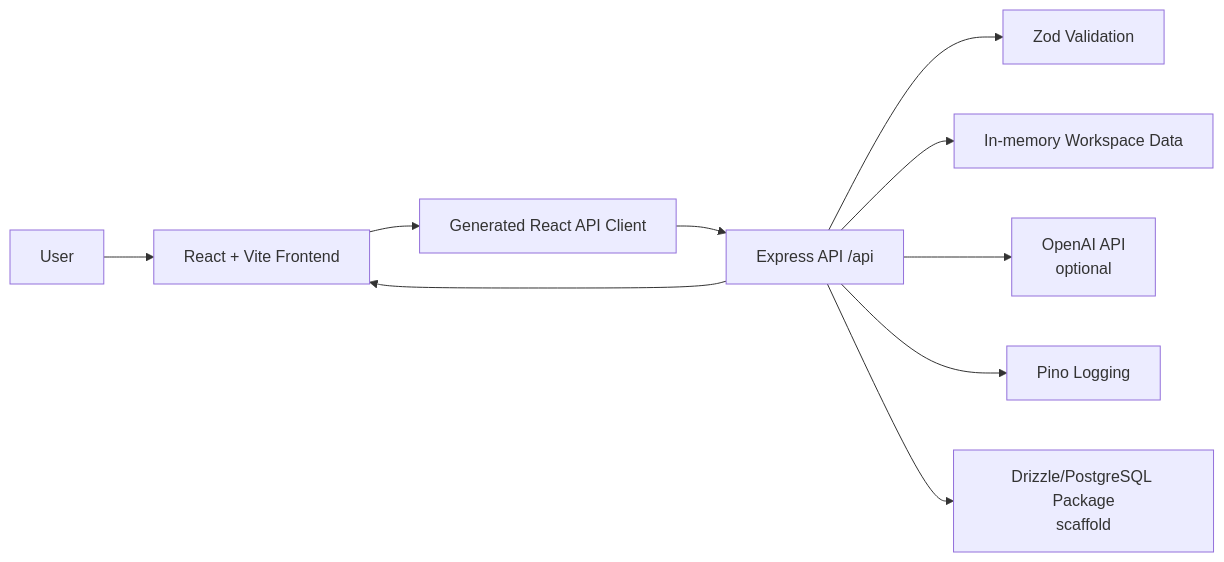
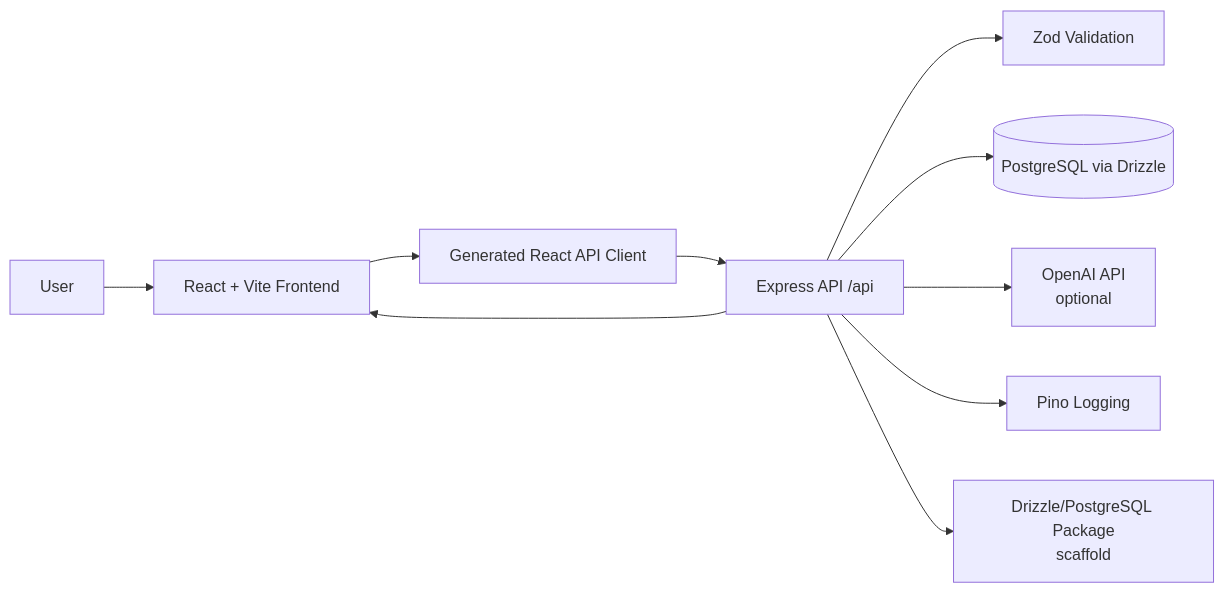
The diagram in README.md (naveenchhipa350/devflow-ai), drawn with Mermaid before and after one commit. The commit also changed other lines of this file and 24 other files, not shown here.

Commit message:
feat: add PostgreSQL persistence with Drizzle

````diff
--- a/README.md
+++ b/README.md
@@ -135,12 +135,12 @@
 ```mermaid
 flowchart LR
     U[User] --> F[React + Vite Frontend]
     F --> C[Generated React API Client]
     C --> A[Express API /api]
     A --> V[Zod Validation]
-    A --> M[In-memory Workspace Data]
+    A --> M[(PostgreSQL via Drizzle)]
     A --> O[OpenAI API<br/>optional]
     A --> L[Pino Logging]
     A --> D[Drizzle/PostgreSQL Package<br/>scaffold]
     A --> F
 ```
````
